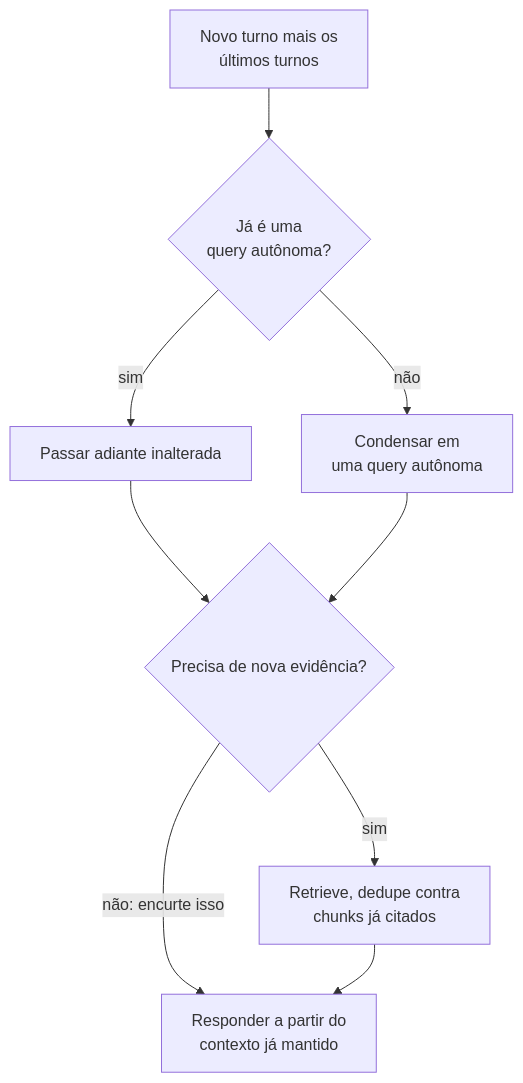
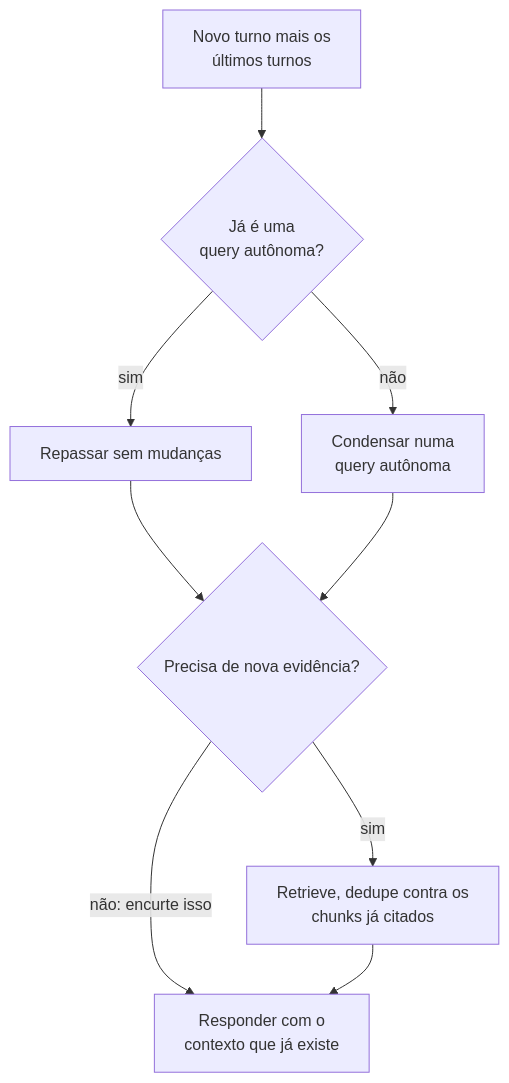
Diagram 14 of 30 in 04-rag-and-retrieval/questions.pt-BR.md (andrevberaldo/AI-Engineer-Interview-Questions), drawn with Mermaid before and after one commit. The commit also changed other lines of this file and 1 other file, not shown here.

````diff
--- a/04-rag-and-retrieval/questions.pt-BR.md
+++ b/04-rag-and-retrieval/questions.pt-BR.md
@@ -680,11 +680,11 @@
 ```mermaid
 flowchart TD
     T["Novo turno mais os<br/>últimos turnos"] --> C{"Já é uma<br/>query autônoma?"}
-    C -->|"sim"| K["Passar adiante inalterada"]
-    C -->|"não"| RW["Condensar em<br/>uma query autônoma"]
+    C -->|"sim"| K["Repassar sem mudanças"]
+    C -->|"não"| RW["Condensar numa<br/>query autônoma"]
     K --> N{"Precisa de nova evidência?"}
     RW --> N
-    N -->|"não: encurte isso"| G["Responder a partir do<br/>contexto já mantido"]
-    N -->|"sim"| R["Retrieve, dedupe contra<br/>chunks já citados"]
+    N -->|"não: encurte isso"| G["Responder com o<br/>contexto que já existe"]
+    N -->|"sim"| R["Retrieve, dedupe contra os<br/>chunks já citados"]
     R --> G
 ```
````
